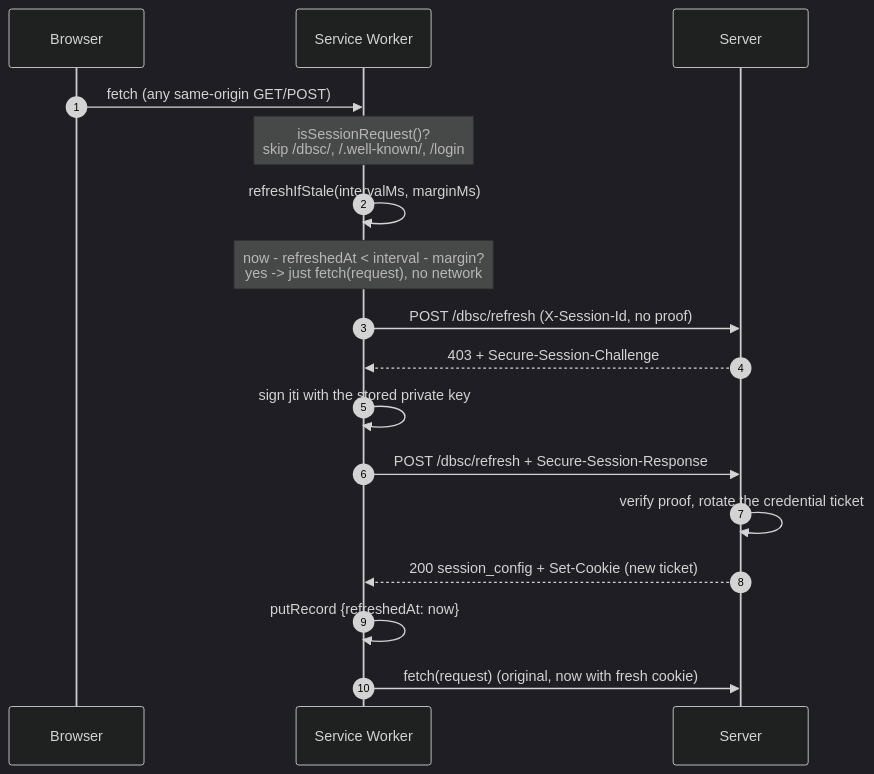
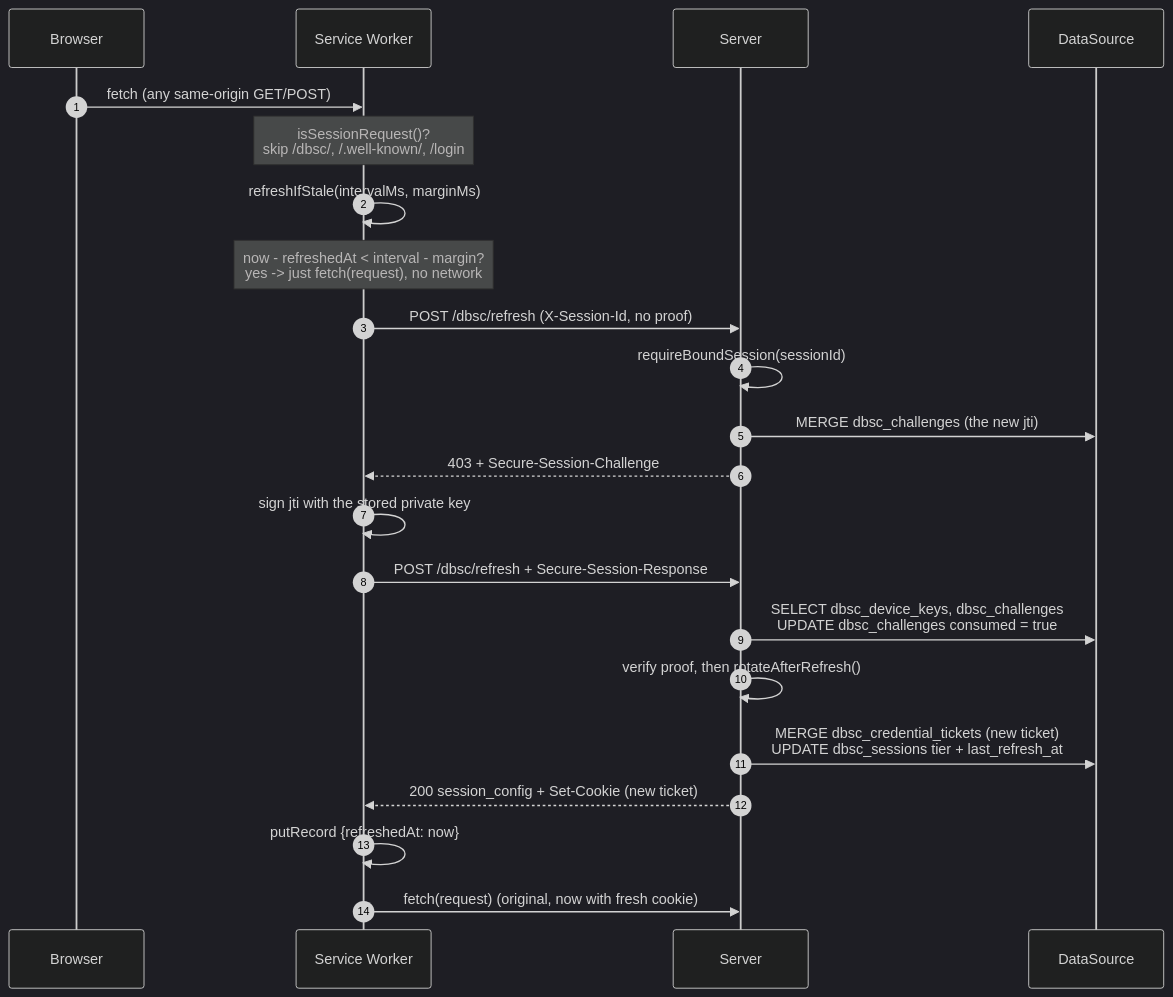
The tenth of 12 diagrams in README.md (yuukioosaka/spring-dbsc), drawn with Mermaid (dark theme) before and after one commit. The commit also changed other lines of this file, not shown here.

First line of the commit message:
README: fix the login/registration cookie story and add storage to the diagrams

````diff
--- a/README.md
+++ b/README.md
@@ -1461,20 +1516,25 @@
 ```mermaid
 sequenceDiagram
     autonumber
     participant B as Browser
     participant W as Service Worker
     participant S as Server
+    participant D as DataSource
 
     B->>W: fetch (any same-origin GET/POST)
     Note over W: isSessionRequest()?<br/>skip /dbsc/, /.well-known/, /login
     W->>W: refreshIfStale(intervalMs, marginMs)
     Note over W: now - refreshedAt < interval - margin?<br/>yes -> just fetch(request), no network
     W->>S: POST /dbsc/refresh  (X-Session-Id, no proof)
+    S->>S: requireBoundSession(sessionId)
+    S->>D: MERGE dbsc_challenges (the new jti)
     S-->>W: 403 + Secure-Session-Challenge
     W->>W: sign jti with the stored private key
     W->>S: POST /dbsc/refresh + Secure-Session-Response
-    S->>S: verify proof, rotate the credential ticket
+    S->>D: SELECT dbsc_device_keys, dbsc_challenges<br/>UPDATE dbsc_challenges consumed = true
+    S->>S: verify proof, then rotateAfterRefresh()
+    S->>D: MERGE dbsc_credential_tickets (new ticket)<br/>UPDATE dbsc_sessions tier + last_refresh_at
     S-->>W: 200 session_config + Set-Cookie (new ticket)
     W->>W: putRecord {refreshedAt: now}
     W->>S: fetch(request)  (original, now with fresh cookie)
 ```
````
